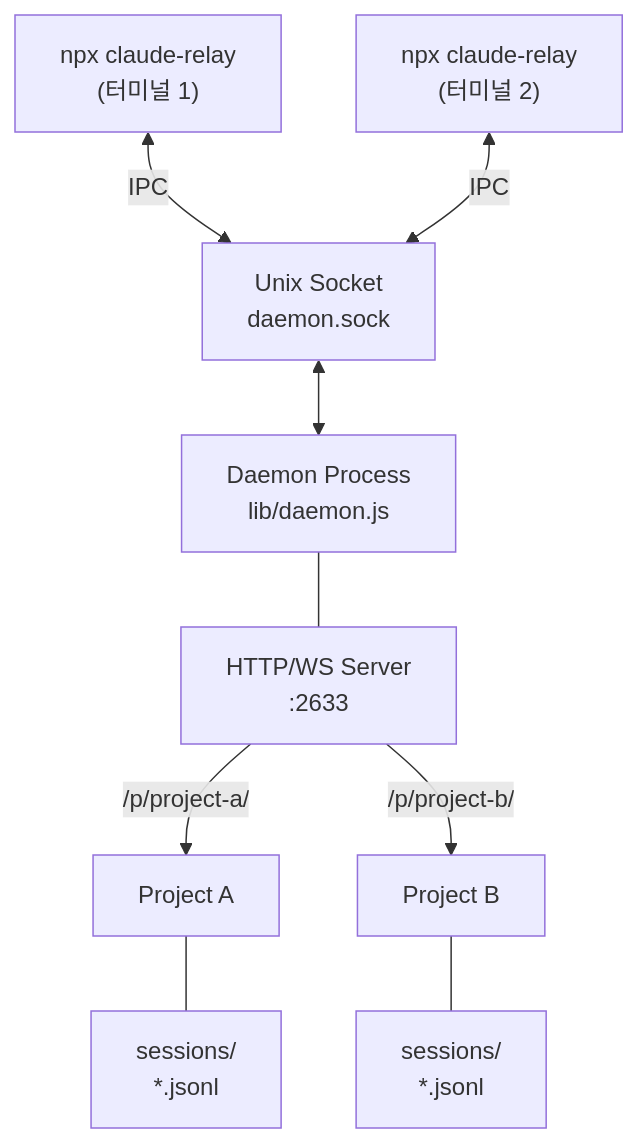
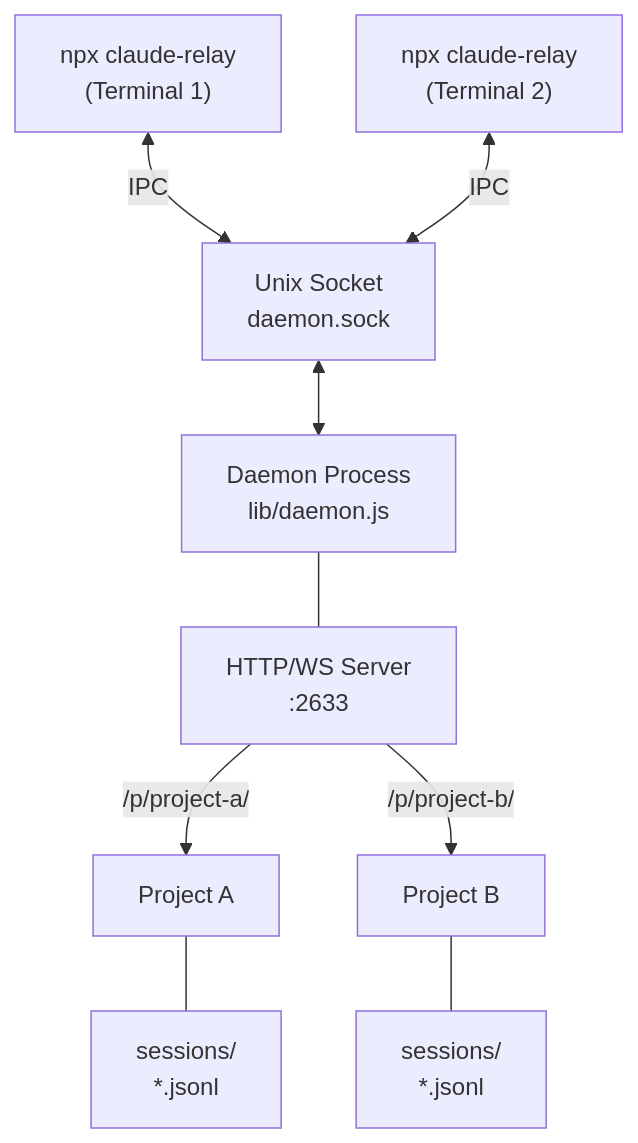
Before and after one commit to browntea/clay: the third of 3 diagrams in docs/architecture.md, drawn with Mermaid. The commit also changed other lines of this file, not shown here.

Commit message:
Update architecture documentation

````diff
--- a/docs/architecture.md
+++ b/docs/architecture.md
@@ -55,21 +55,21 @@
 ```mermaid
 graph TB
-    CLI1["npx claude-relay<br/>(터미널 1)"]
-    CLI2["npx claude-relay<br/>(터미널 2)"]
+    CLI1["npx claude-relay<br/>(Terminal 1)"]
+    CLI2["npx claude-relay<br/>(Terminal 2)"]
     IPC["Unix Socket<br/>daemon.sock"]
     Daemon["Daemon Process<br/>lib/daemon.js"]
     HTTP["HTTP/WS Server<br/>:2633"]
     P1["Project A"]
     P2["Project B"]
     Sessions1["sessions/<br/>*.jsonl"]
     Sessions2["sessions/<br/>*.jsonl"]
 
     CLI1 <-->|IPC| IPC
     CLI2 <-->|IPC| IPC
     IPC <--> Daemon
     Daemon --- HTTP
     HTTP -->|/p/project-a/| P1
     HTTP -->|/p/project-b/| P2
     P1 --- Sessions1
     P2 --- Sessions2
 ```
````
